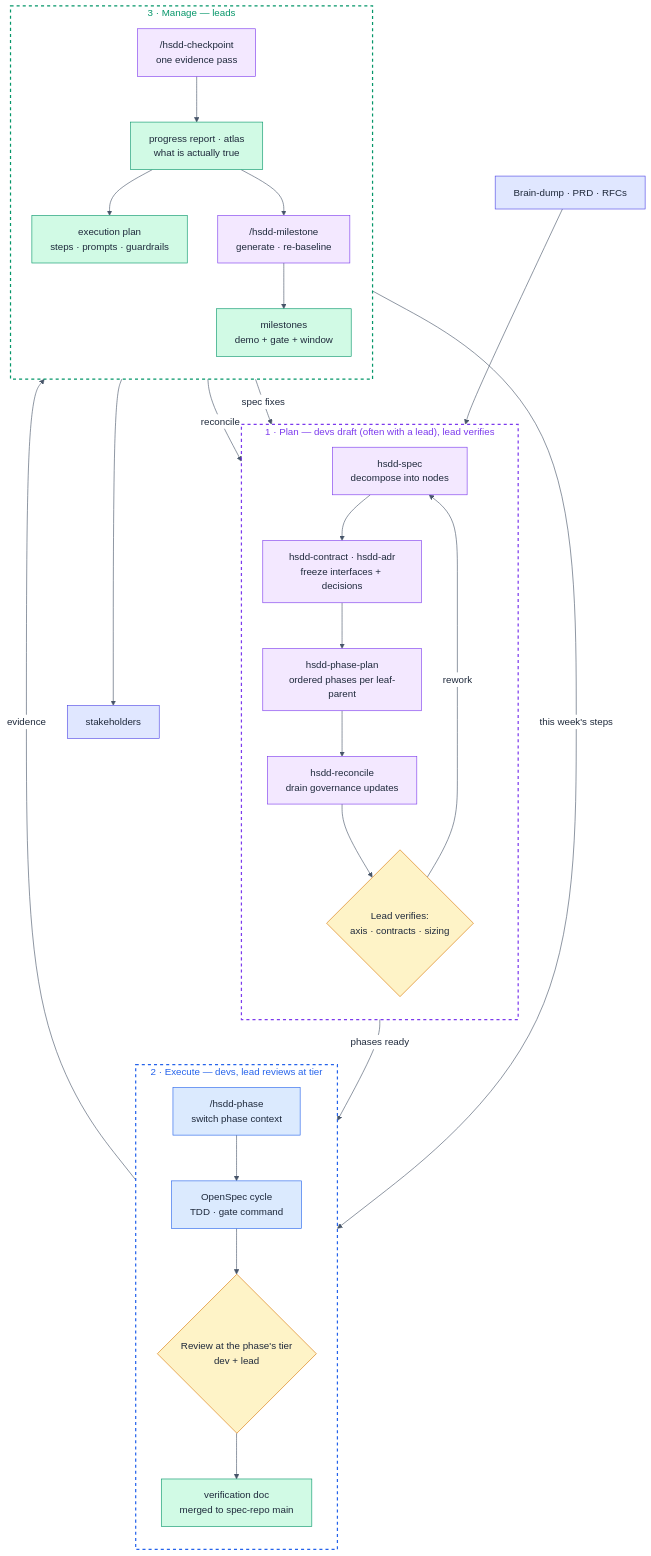
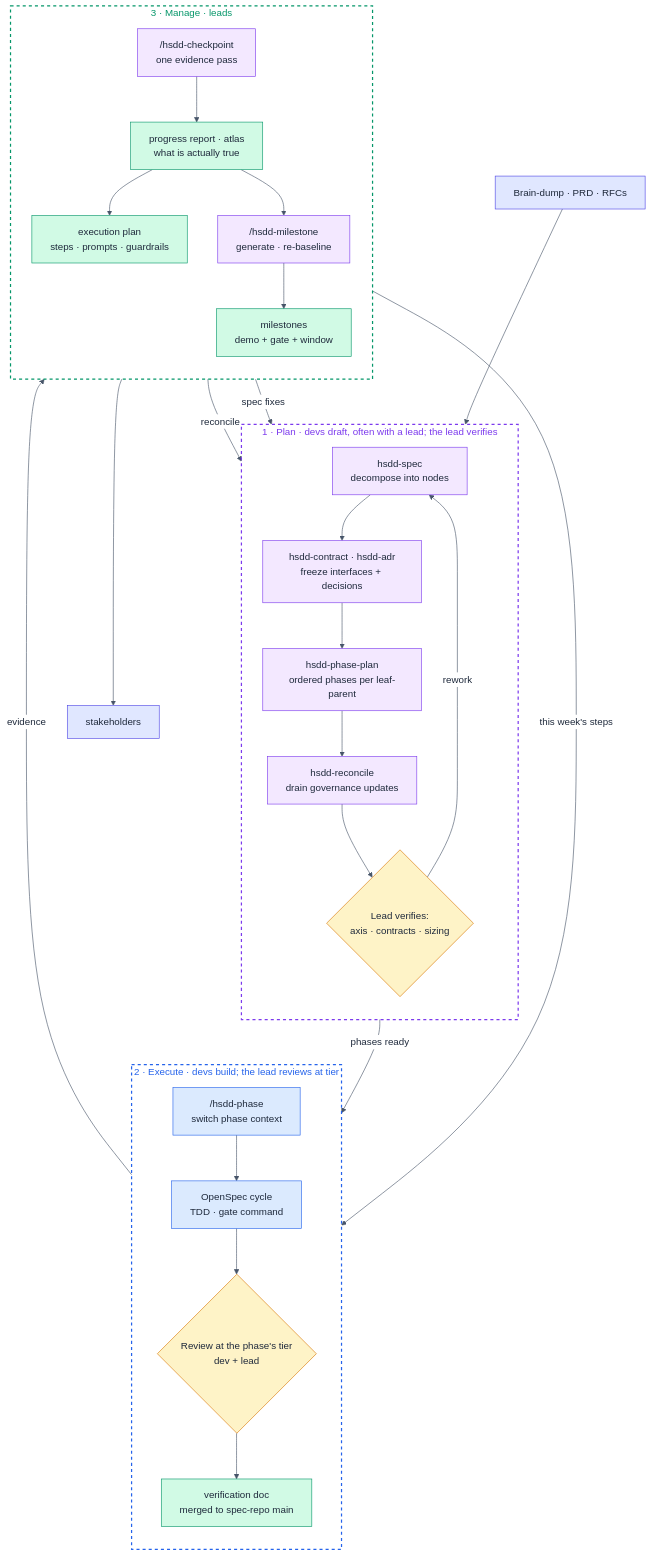
One commit to mpurbo/hsdd changed the fifth of 5 diagrams in docs/users-guide.md. Above: the diagram before and after it, drawn with Mermaid. The commit also changed other lines of this file and 2 other files, not shown here.

````diff
--- a/docs/users-guide.md
+++ b/docs/users-guide.md
@@ -968,65 +1018,65 @@
 ```mermaid
 %%{init:{'theme':'base','themeVariables':{'primaryTextColor':'#1e293b','lineColor':'#475569','edgeLabelBackground':'#ffffff','tertiaryTextColor':'#1e293b'}}}%%
 flowchart TB
     bd["Brain-dump · PRD · RFCs"]
 
-    subgraph plan ["1 · Plan — devs draft (often with a lead), lead verifies"]
+    subgraph plan ["1 · Plan · devs draft, often with a lead; the lead verifies"]
         direction TB
         spec["hsdd-spec<br/>decompose into nodes"]
         contract["hsdd-contract · hsdd-adr<br/>freeze interfaces + decisions"]
         pplan["hsdd-phase-plan<br/>ordered phases per leaf-parent"]
         rec["hsdd-reconcile<br/>drain governance updates"]
         gate{"Lead verifies:<br/>axis · contracts · sizing"}
         spec --> contract --> pplan --> rec --> gate
         gate -- "rework" --> spec
     end
 
-    subgraph exec ["2 · Execute — devs, lead reviews at tier"]
+    subgraph exec ["2 · Execute · devs build; the lead reviews at tier"]
         direction TB
         cfg["/hsdd-phase<br/>switch phase context"]
         cyc["OpenSpec cycle<br/>TDD · gate command"]
         rev{"Review at the phase's tier<br/>dev + lead"}
         ver["verification doc<br/>merged to spec-repo main"]
         cfg --> cyc --> rev --> ver
     end
 
-    subgraph mgmt ["3 · Manage — leads"]
+    subgraph mgmt ["3 · Manage · leads"]
         direction TB
         chk["/hsdd-checkpoint<br/>one evidence pass"]
         prog["progress report · atlas<br/>what is actually true"]
         xplan["execution plan<br/>steps · prompts · guardrails"]
         ms["/hsdd-milestone<br/>generate · re-baseline"]
         msdoc["milestones<br/>demo + gate + window"]
         chk --> prog --> xplan
         prog --> ms --> msdoc
     end
 
     bd --> spec
     gate -- "phases ready" --> cfg
     ver -- "evidence" --> chk
     xplan -- "this week's steps" --> cfg
     xplan -- "spec fixes" --> spec
     xplan -- "reconcile" --> rec
     msdoc --> stake["stakeholders"]
 
     style plan fill:none,stroke:#7c3aed,stroke-dasharray: 5 5,stroke-width:2px,color:#7c3aed
     style exec fill:none,stroke:#2563eb,stroke-dasharray: 5 5,stroke-width:2px,color:#2563eb
     style mgmt fill:none,stroke:#059669,stroke-dasharray: 5 5,stroke-width:2px,color:#059669
 
     style bd fill:#e0e7ff,stroke:#4f46e5,color:#1e293b
     style spec fill:#f3e8ff,stroke:#7c3aed,color:#1e293b
     style contract fill:#f3e8ff,stroke:#7c3aed,color:#1e293b
     style pplan fill:#f3e8ff,stroke:#7c3aed,color:#1e293b
     style rec fill:#f3e8ff,stroke:#7c3aed,color:#1e293b
     style gate fill:#fef3c7,stroke:#d97706,color:#1e293b
     style cfg fill:#dbeafe,stroke:#2563eb,color:#1e293b
     style cyc fill:#dbeafe,stroke:#2563eb,color:#1e293b
     style rev fill:#fef3c7,stroke:#d97706,color:#1e293b
     style ver fill:#d1fae5,stroke:#059669,color:#1e293b
     style chk fill:#f3e8ff,stroke:#7c3aed,color:#1e293b
     style ms fill:#f3e8ff,stroke:#7c3aed,color:#1e293b
     style prog fill:#d1fae5,stroke:#059669,color:#1e293b
     style xplan fill:#d1fae5,stroke:#059669,color:#1e293b
     style msdoc fill:#d1fae5,stroke:#059669,color:#1e293b
     style stake fill:#e0e7ff,stroke:#4f46e5,color:#1e293b
 ```
````
